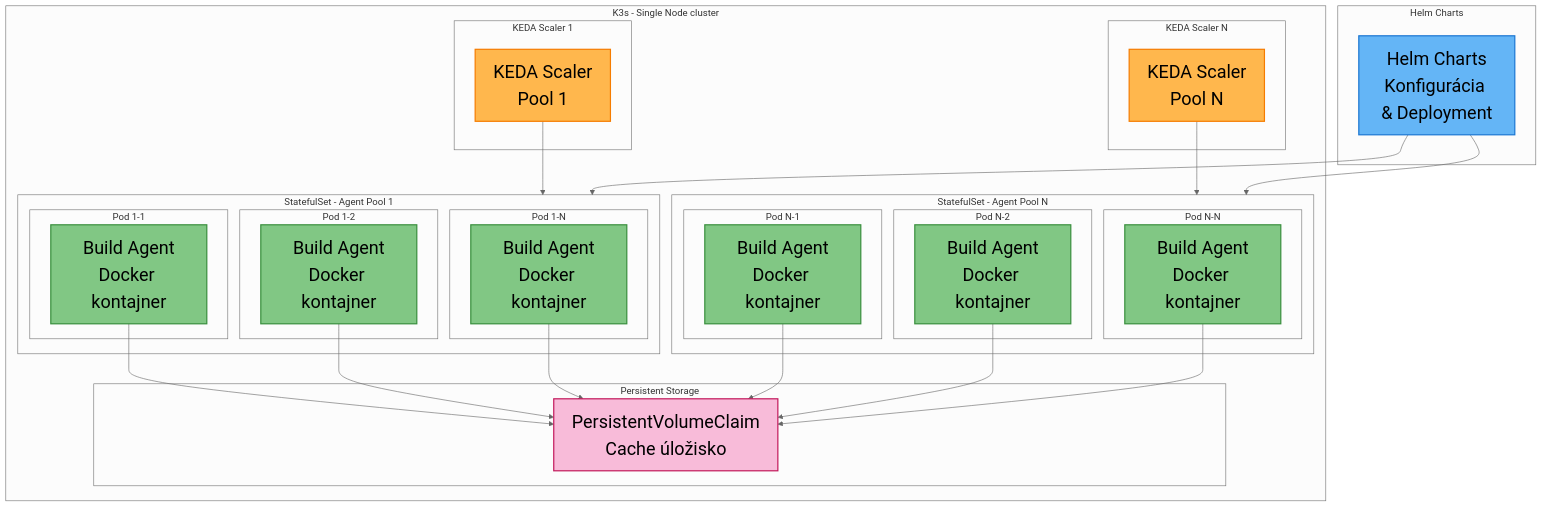
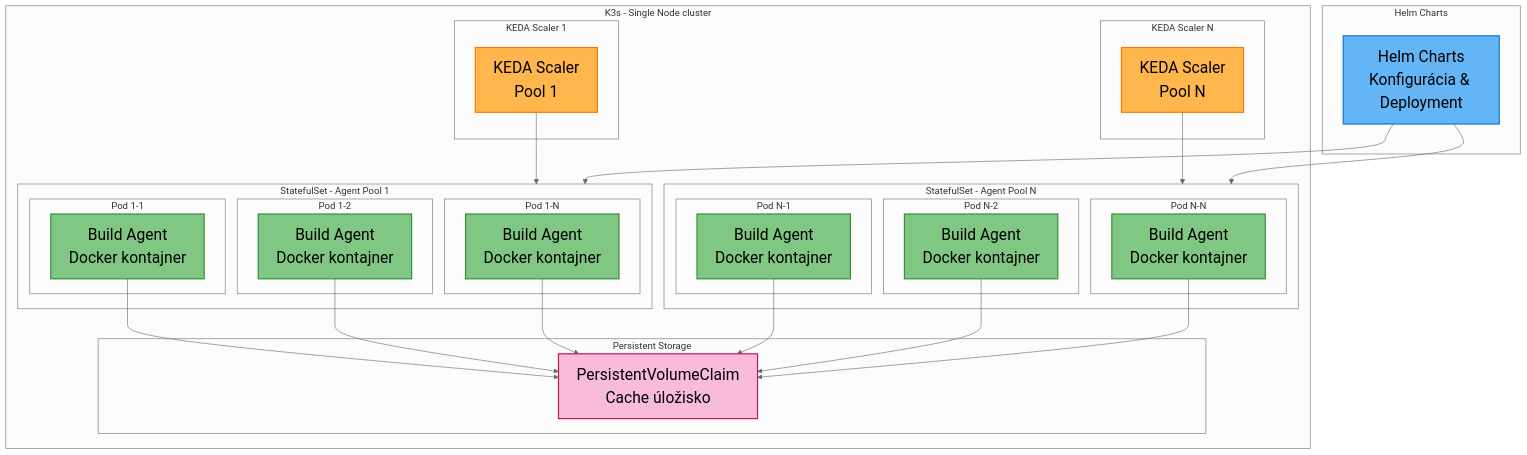
One commit to motycak/kros-sk.github.io changed the first of 2 diagrams in linuxmachine/user-documentation.md. Above: the diagram before and after it, drawn with Mermaid (neutral theme).

````diff
--- a/linuxmachine/user-documentation.md
+++ b/linuxmachine/user-documentation.md
@@ -39,68 +39,67 @@
 ```mermaid
 graph TB
     subgraph "K3s - Single Node cluster"
         subgraph "KEDA Scaler 1"
             KEDA_SCALER1[KEDA Scaler<br/>Pool 1]
         end
         
         subgraph "KEDA Scaler N"
             KEDA_SCALERN[KEDA Scaler<br/>Pool N]
         end
         
         subgraph STATEFULSET_POOL1["StatefulSet - Agent Pool 1"]
             subgraph "Pod 1-1"
                 AGENT1_1[Build Agent<br/>Docker kontajner]
             end
             subgraph "Pod 1-2"
                 AGENT1_2[Build Agent<br/>Docker kontajner]
             end
             subgraph "Pod 1-N"
                 AGENT1_N[Build Agent<br/>Docker kontajner]
             end
         end
         
         subgraph STATEFULSET_POOLN["StatefulSet - Agent Pool N"]
             subgraph "Pod N-1"
                 AGENTN_1[Build Agent<br/>Docker kontajner]
             end
             subgraph "Pod N-2"
                 AGENTN_2[Build Agent<br/>Docker kontajner]
             end
             subgraph "Pod N-N"
                 AGENTN_N[Build Agent<br/>Docker kontajner]
             end
         end
         
         subgraph "Persistent Storage"
             PVC[PersistentVolumeClaim<br/>Cache úložisko]
         end
     end
     
     subgraph "Helm Charts"
         HELM[Helm Charts<br/>Konfigurácia & Deployment]
     end
     
     KEDA_SCALER1 --> STATEFULSET_POOL1
     KEDA_SCALERN --> STATEFULSET_POOLN
     
     HELM --> STATEFULSET_POOL1
     HELM --> STATEFULSET_POOLN
     
     AGENT1_1 --> PVC
     AGENT1_2 --> PVC
     AGENT1_N --> PVC
     AGENTN_1 --> PVC
     AGENTN_2 --> PVC
     AGENTN_N --> PVC
     
-    %% Styling
-    classDef keda fill:#ffb74d,stroke:#f57c00,stroke-width:2px,color:#000,font-size:30px
-    classDef k8s fill:#81c784,stroke:#388e3c,stroke-width:2px,color:#000,font-size:30px
-    classDef helm fill:#64b5f6,stroke:#1976d2,stroke-width:2px,color:#000,font-size:30px
-    classDef storage fill:#f8bbd9,stroke:#c2185b,stroke-width:2px,color:#000,font-size:30px
+    classDef keda fill:#ffb74d,stroke:#f57c00,stroke-width:2px,color:#000,font-size:26px
+    classDef k8s fill:#81c784,stroke:#388e3c,stroke-width:2px,color:#000,font-size:26px
+    classDef helm fill:#64b5f6,stroke:#1976d2,stroke-width:2px,color:#000,font-size:26px
+    classDef storage fill:#f8bbd9,stroke:#c2185b,stroke-width:2px,color:#000,font-size:26px
     
     class KEDA_SCALER1,KEDA_SCALERN keda
     class AGENT1_1,AGENT1_2,AGENT1_N,AGENTN_1,AGENTN_2,AGENTN_N k8s
     class HELM helm
     class PVC storage
 ```
````
